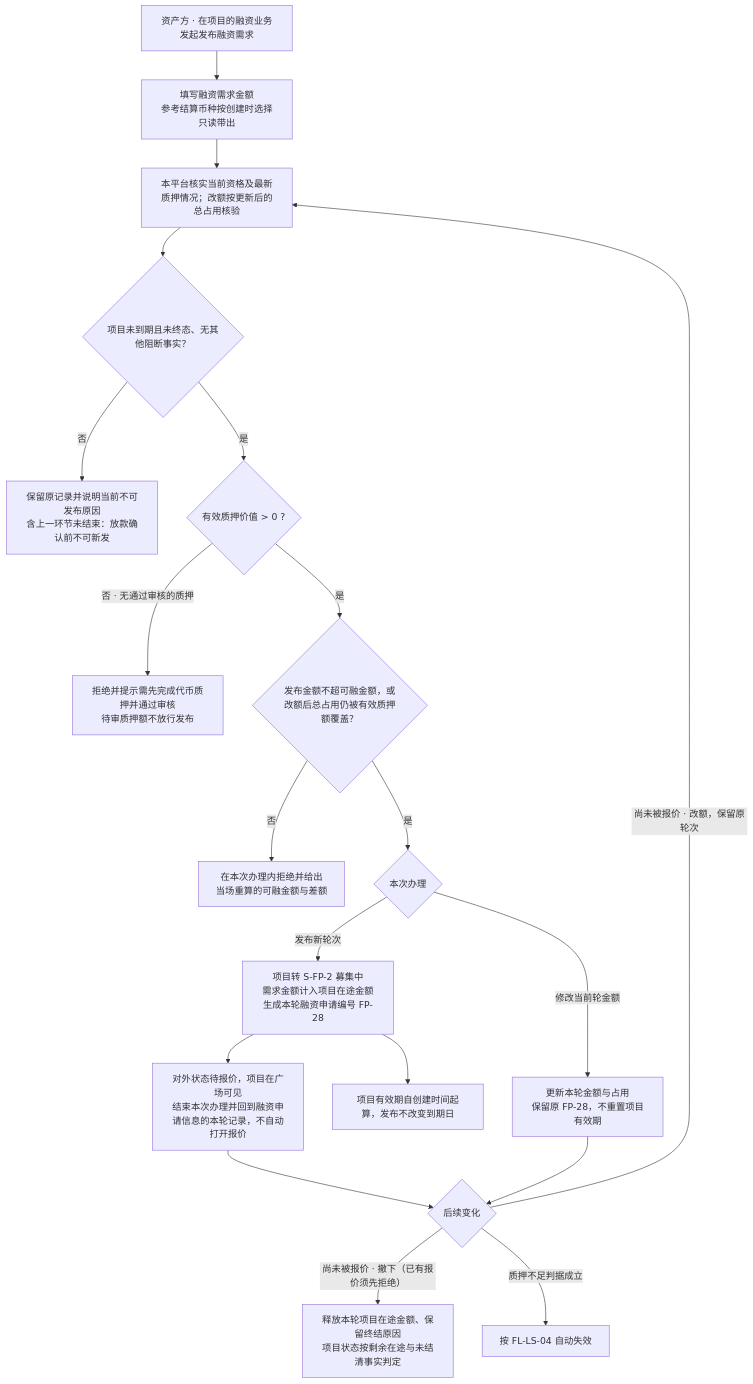
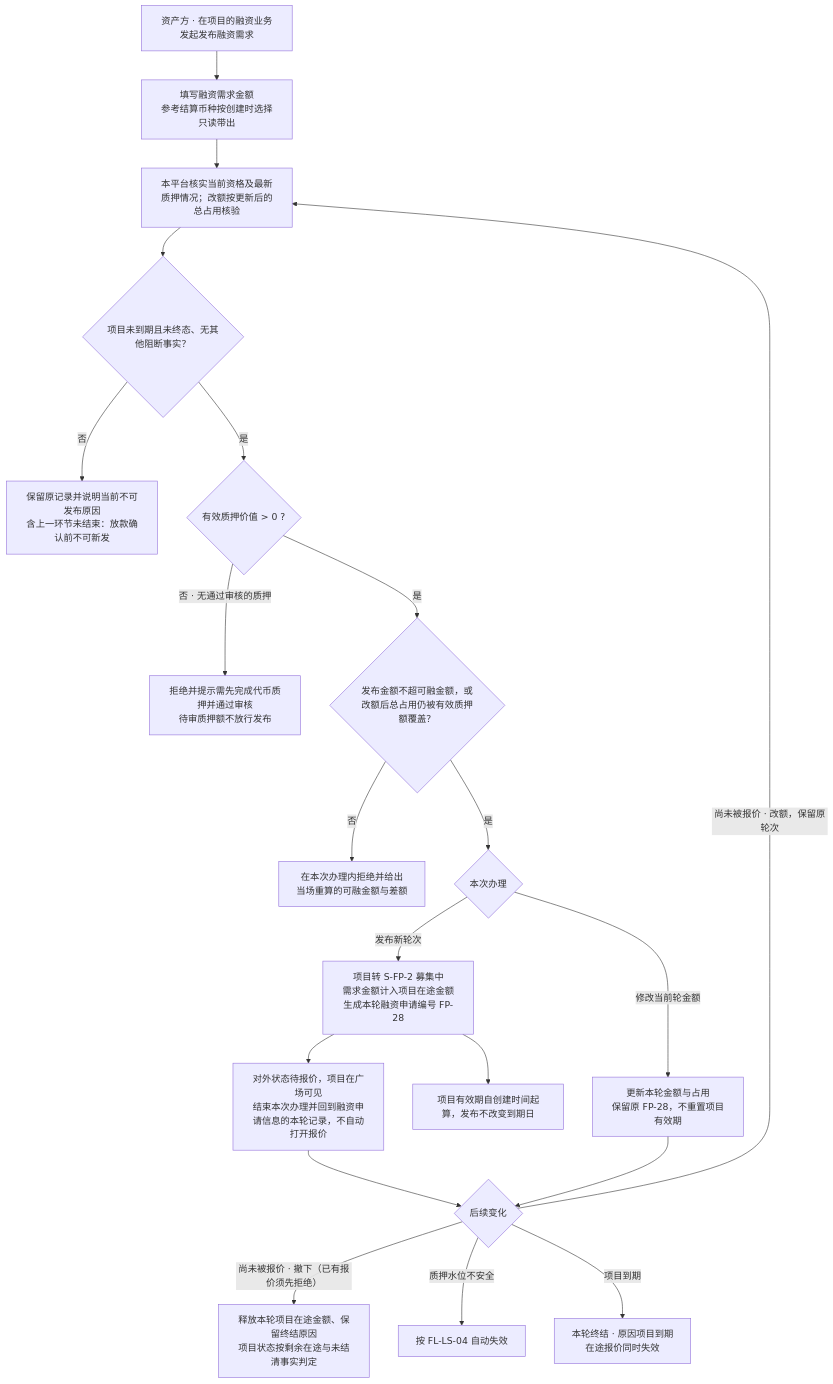
The second of 10 diagrams in lending-platform/PRD/面客端/05-借贷广场-融资需求与代币质押/02-融资需求与代币质押-流程图与状态机.md (wxblockchain/Chain-Financing), drawn with Mermaid before and after one commit. The commit also changed other lines of this file and 6 other files, not shown here.

````diff
--- a/lending-platform/PRD/面客端/05-借贷广场-融资需求与代币质押/02-融资需求与代币质押-流程图与状态机.md
+++ b/lending-platform/PRD/面客端/05-借贷广场-融资需求与代币质押/02-融资需求与代币质押-流程图与状态机.md
@@ -61,21 +61,22 @@
 ```mermaid
 flowchart TD
   A["资产方 · 在项目的融资业务发起发布融资需求"] --> B["填写融资需求金额<br/>参考结算币种按创建时选择只读带出"]
   B --> C["本平台核实当前资格及最新质押情况；改额按更新后的总占用核验"]
   C --> P{"项目未到期且未终态、无其他阻断事实？"}
   P -- "否" --> STOP["保留原记录并说明当前不可发布原因<br/>含上一环节未结束：放款确认前不可新发"]
   P -- "是" --> D{"有效质押价值 > 0 ?"}
   D -- "否 · 无通过审核的质押" --> E["拒绝并提示需先完成代币质押并通过审核<br/>待审质押额不放行发布"]
   D -- "是" --> F{"发布金额不超可融金额，或改额后总占用仍被有效质押额覆盖？"}
   F -- "否" --> G["在本次办理内拒绝并给出<br/>当场重算的可融金额与差额"]
   F -- "是" --> T{"本次办理"}
   T -- "发布新轮次" --> H["项目转 S-FP-2 募集中<br/>需求金额计入项目在途金额<br/>生成本轮融资申请编号 FP-28"]
   T -- "修改当前轮金额" --> R["更新本轮金额与占用<br/>保留原 FP-28，不重置项目有效期"]
   H --> I["项目有效期自创建时间起算，发布不改变到期日"]
   H --> J["对外状态待报价，项目在广场可见<br/>结束本次办理并回到融资申请信息的本轮记录，不自动打开报价"]
   J --> K{"后续变化"}
   R --> K
   K -- "尚未被报价 · 改额，保留原轮次" --> C
   K -- "尚未被报价 · 撤下（已有报价须先拒绝）" --> L["释放本轮项目在途金额、保留终结原因<br/>项目状态按剩余在途与未结清事实判定"]
-  K -- "质押不足判据成立" --> M["按 FL-LS-04 自动失效"]
+  K -- "质押水位不安全" --> M["按 FL-LS-04 自动失效"]
+  K -- "项目到期" --> X["本轮终结 · 原因项目到期<br/>在途报价同时失效"]
 ```
````
